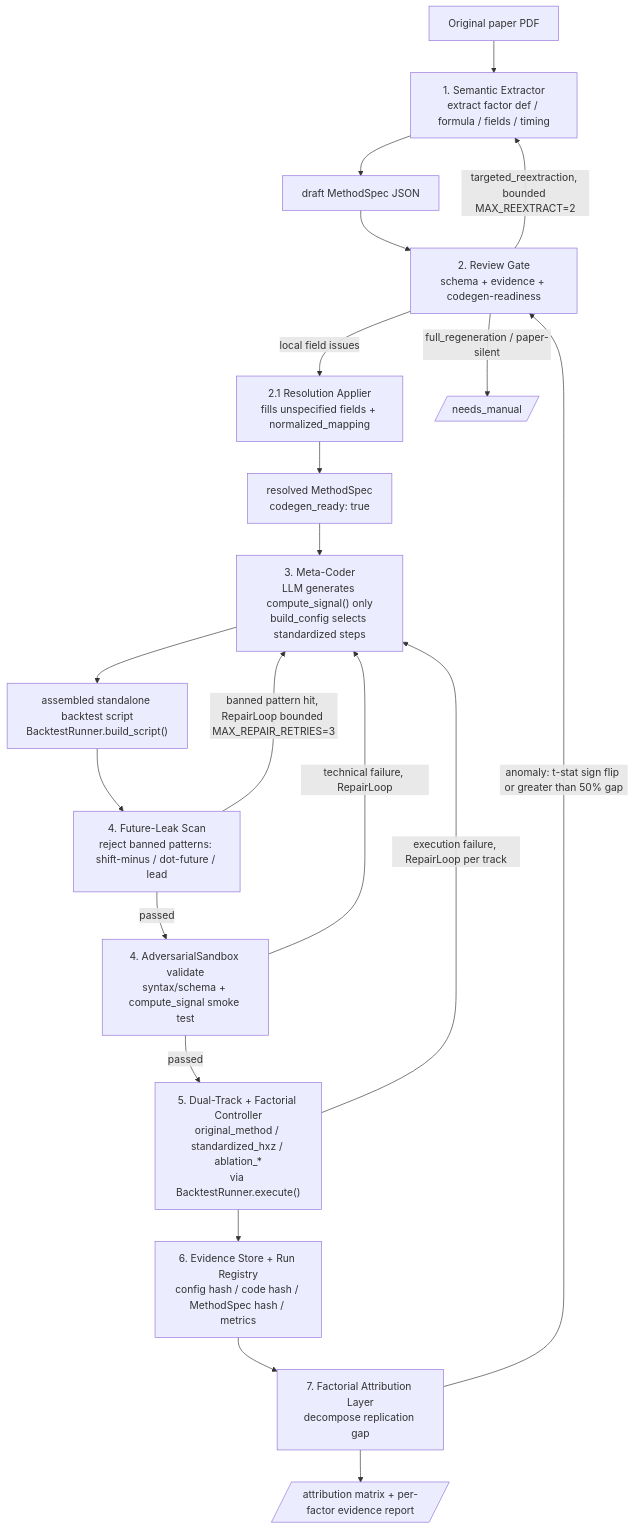
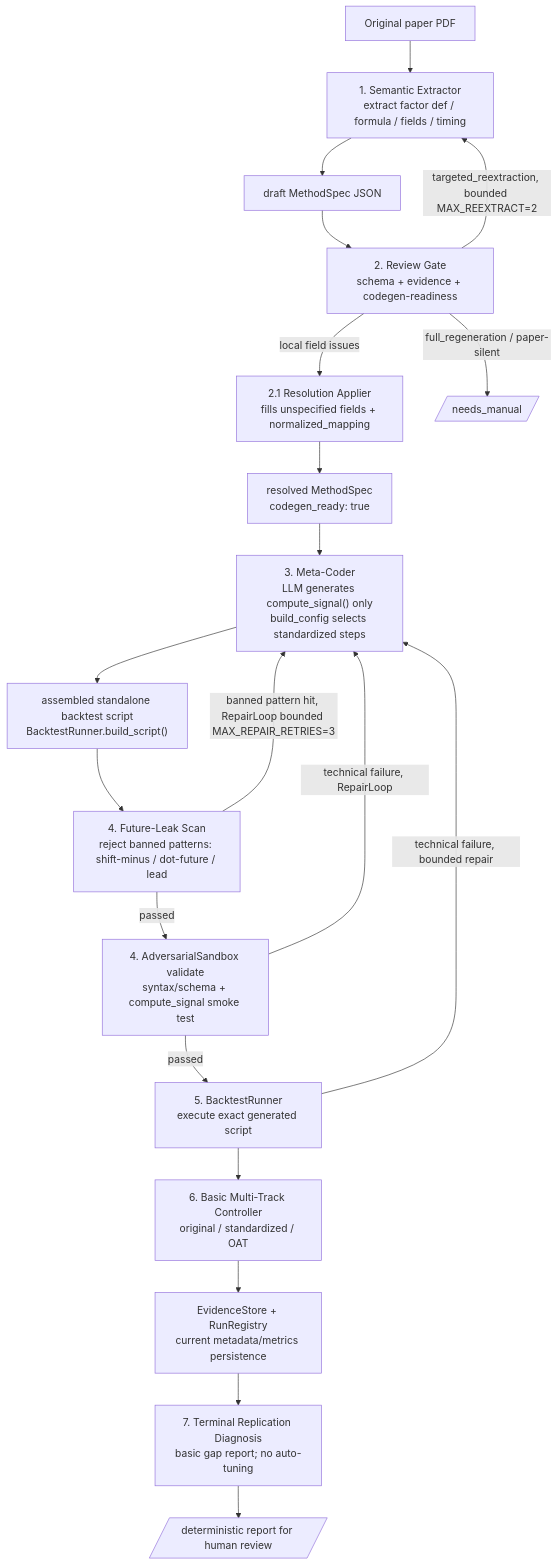
The first of 2 diagrams in docs/architecture.md (xiaohai12/factor-replication-agent), drawn with Mermaid before and after one commit. The commit also changed other lines of this file and 46 other files, not shown here.

Commit message:
update architecture

````diff
--- a/docs/architecture.md
+++ b/docs/architecture.md
@@ -99,28 +85,27 @@
 ```mermaid
 flowchart TD
     PDF["Original paper PDF"] --> EX["1. Semantic Extractor<br/>extract factor def / formula / fields / timing"]
     EX --> DMS["draft MethodSpec JSON"]
     DMS --> RG["2. Review Gate<br/>schema + evidence + codegen-readiness"]
 
     RG -->|"local field issues"| RA["2.1 Resolution Applier<br/>fills unspecified fields + normalized_mapping"]
     RA --> RMS["resolved MethodSpec<br/>codegen_ready: true"]
 
     RG -->|"targeted_reextraction, bounded MAX_REEXTRACT=2"| EX
     RG -->|"full_regeneration / paper-silent"| MANUAL1[/"needs_manual"/]
 
     RMS --> MC["3. Meta-Coder<br/>LLM generates compute_signal() only<br/>build_config selects standardized steps"]
     MC --> SCRIPT["assembled standalone backtest script<br/>BacktestRunner.build_script()"]
 
     SCRIPT --> FLS["4. Future-Leak Scan<br/>reject banned patterns: shift-minus / dot-future / lead"]
     FLS -->|"banned pattern hit, RepairLoop bounded MAX_REPAIR_RETRIES=3"| MC
     FLS -->|"passed"| VAL["4. AdversarialSandbox validate<br/>syntax/schema + compute_signal smoke test"]
     VAL -->|"technical failure, RepairLoop"| MC
 
-    VAL -->|"passed"| DT["5. Dual-Track + Factorial Controller<br/>original_method / standardized_hxz / ablation_*<br/>via BacktestRunner.execute()"]
-    DT -->|"execution failure, RepairLoop per track"| MC
-
-    DT --> ES["6. Evidence Store + Run Registry<br/>config hash / code hash / MethodSpec hash / metrics"]
-    ES --> FA["7. Factorial Attribution Layer<br/>decompose replication gap"]
-    FA -->|"anomaly: t-stat sign flip or greater than 50% gap"| RG
-    FA --> REPORT[/"attribution matrix + per-factor evidence report"/]
+    VAL -->|"passed"| RUN["5. BacktestRunner<br/>execute exact generated script"]
+    RUN -->|"technical failure, bounded repair"| MC
+    RUN --> MT["6. Basic Multi-Track Controller<br/>original / standardized / OAT"]
+    MT --> ES["EvidenceStore + RunRegistry<br/>current metadata/metrics persistence"]
+    ES --> DIAG["7. Terminal Replication Diagnosis<br/>basic gap report; no auto-tuning"]
+    DIAG --> REPORT[/"deterministic report for human review"/]
 ```
````
